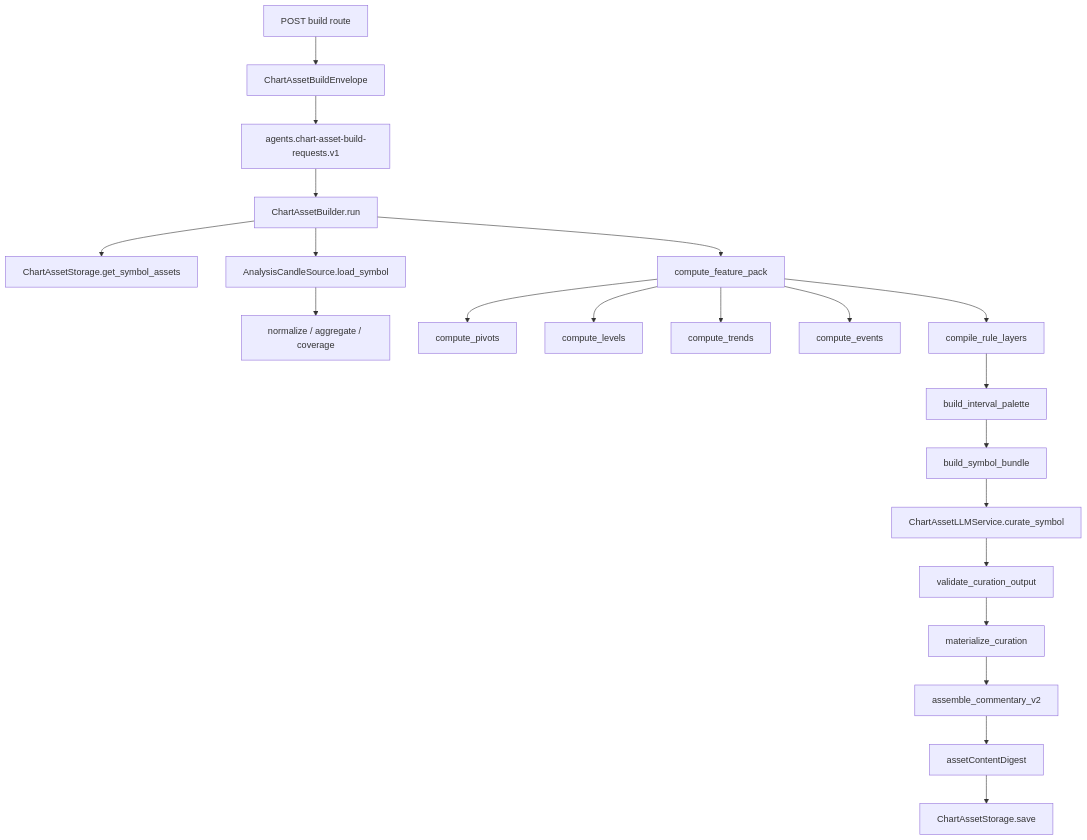
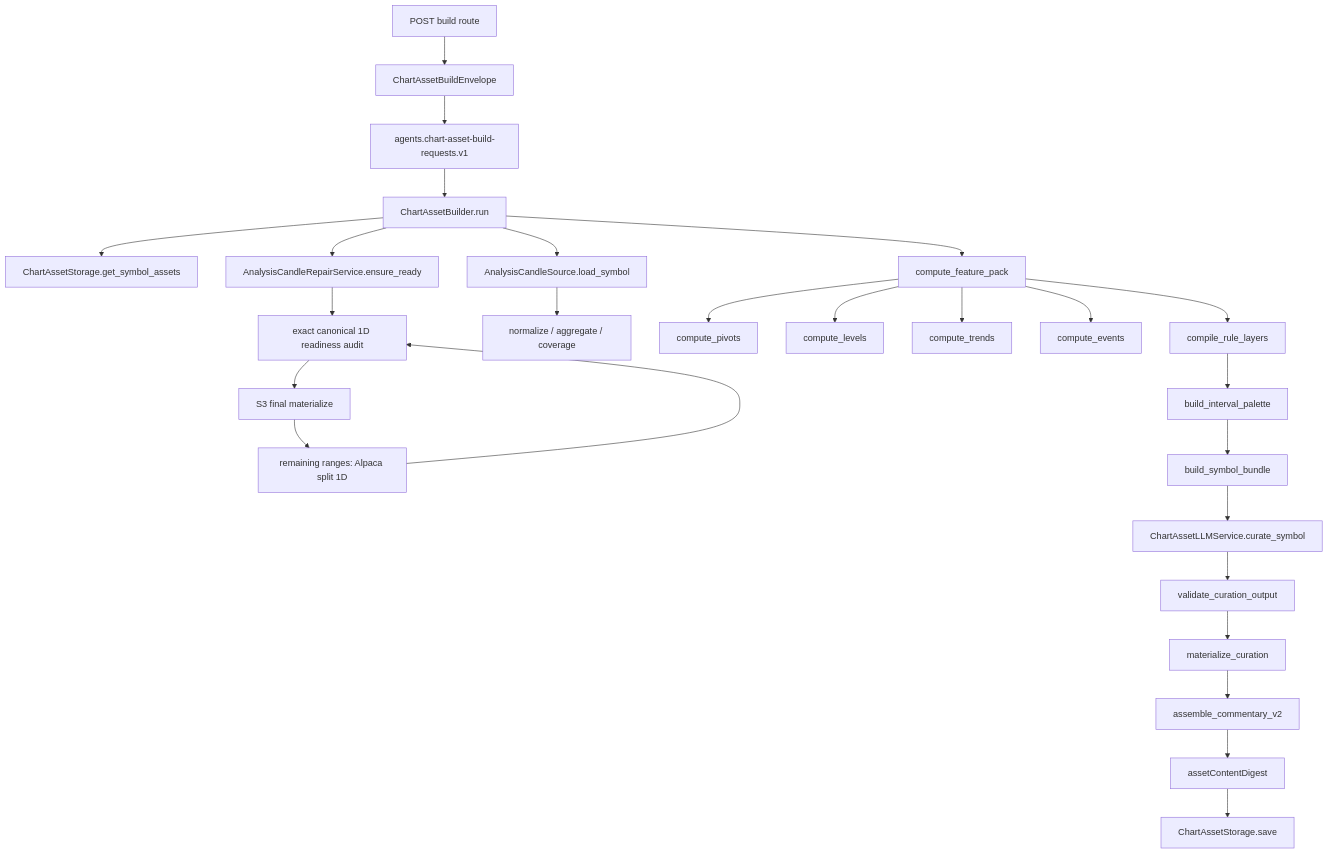
One commit to seunglee10/GOPS-BE changed the first of 2 diagrams in docs/CHART_ANALYSIS_ASSETS_CODEX.md. Above: the diagram before and after it, drawn with Mermaid. The commit also changed other lines of this file and 21 other files, not shown here.

Commit message:
feat(chart-assets): repair canonical candles on demand

````diff
--- a/docs/CHART_ANALYSIS_ASSETS_CODEX.md
+++ b/docs/CHART_ANALYSIS_ASSETS_CODEX.md
@@ -68,23 +68,28 @@
 ```mermaid
 flowchart TD
   Route["POST build route"] --> Envelope["ChartAssetBuildEnvelope"]
   Envelope --> Queue["agents.chart-asset-build-requests.v1"]
   Queue --> Builder["ChartAssetBuilder.run"]
   Builder --> Existing["ChartAssetStorage.get_symbol_assets"]
+  Builder --> Repair["AnalysisCandleRepairService.ensure_ready"]
+  Repair --> Audit["exact canonical 1D readiness audit"]
+  Audit --> S3["S3 final materialize"]
+  S3 --> Alpaca["remaining ranges: Alpaca split 1D"]
+  Alpaca --> Audit
   Builder --> Candles["AnalysisCandleSource.load_symbol"]
   Candles --> Normalize["normalize / aggregate / coverage"]
   Builder --> Pack["compute_feature_pack"]
   Pack --> Pivot["compute_pivots"]
   Pack --> Level["compute_levels"]
   Pack --> Trend["compute_trends"]
   Pack --> Event["compute_events"]
   Pack --> Compiler["compile_rule_layers"]
   Compiler --> Palette["build_interval_palette"]
   Palette --> Bundle["build_symbol_bundle"]
   Bundle --> LLM["ChartAssetLLMService.curate_symbol"]
   LLM --> Validate["validate_curation_output"]
   Validate --> Materialize["materialize_curation"]
   Materialize --> Commentary["assemble_commentary_v2"]
   Commentary --> Digest["assetContentDigest"]
   Digest --> Storage["ChartAssetStorage.save"]
 ```
````
